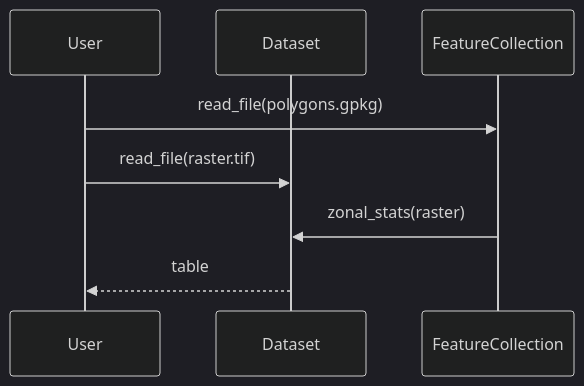
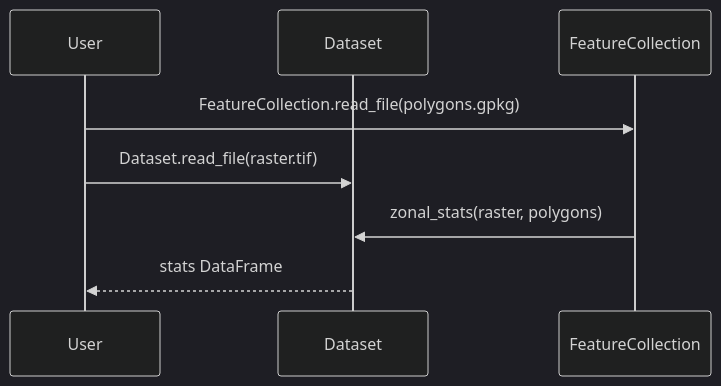
One commit to serapeum-org/pyramids changed the tenth of 13 diagrams in docs/architecture/diagrams.md. Above: the diagram before and after it, drawn with Mermaid (dark theme). The commit also changed other lines of this file and 3 other files, not shown here.

````diff
--- a/docs/architecture/diagrams.md
+++ b/docs/architecture/diagrams.md
@@ -117,10 +261,10 @@
 ```mermaid
 sequenceDiagram
   participant U as User
   participant DS as Dataset
   participant FC as FeatureCollection
-  U->>FC: read_file(polygons.gpkg)
-  U->>DS: read_file(raster.tif)
-  FC->>DS: zonal_stats(raster)
-  DS-->>U: table
+  U->>FC: FeatureCollection.read_file(polygons.gpkg)
+  U->>DS: Dataset.read_file(raster.tif)
+  FC->>DS: zonal_stats(raster, polygons)
+  DS-->>U: stats DataFrame
 ```
````
